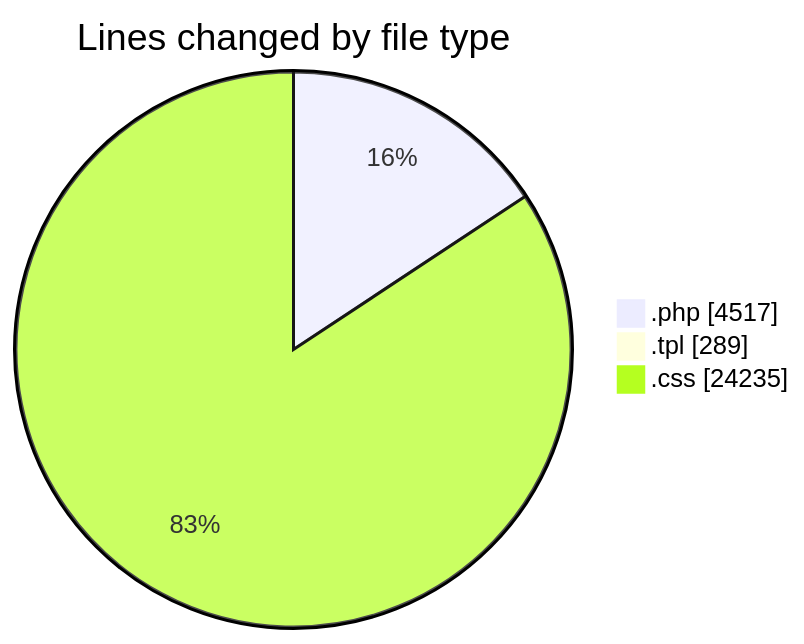
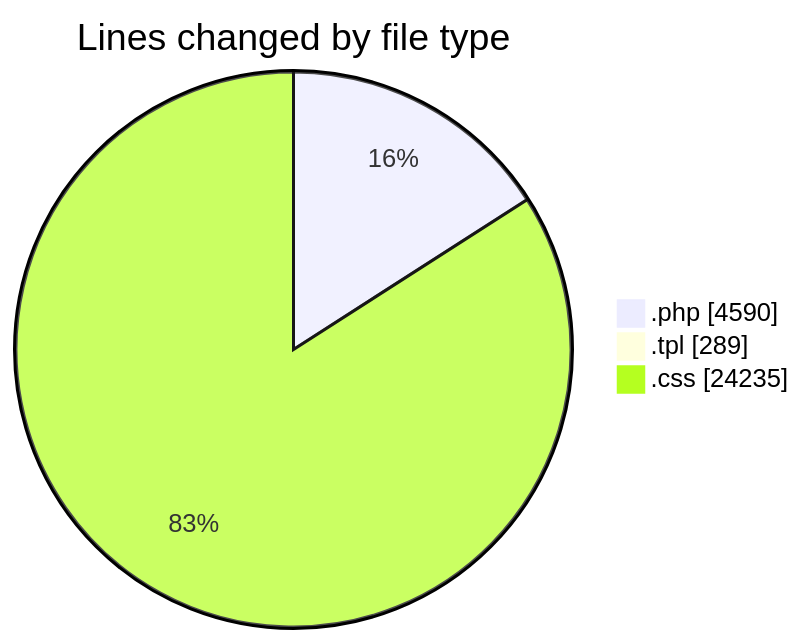
The first of 2 diagrams in 2025-04-18/zeytoon/README.md (vahidmafi/code-tracking), drawn with Mermaid before and after one commit. The commit also changed other lines of this file and 1 other file, not shown here.

````diff
--- a/2025-04-18/zeytoon/README.md
+++ b/2025-04-18/zeytoon/README.md
@@ -29,7 +29,7 @@
 ```mermaid
 pie showData
 title Lines changed by file type
-".php" : 4517
+".php" : 4590
 ".tpl" : 289
 ".css" : 24235
 ```
````
